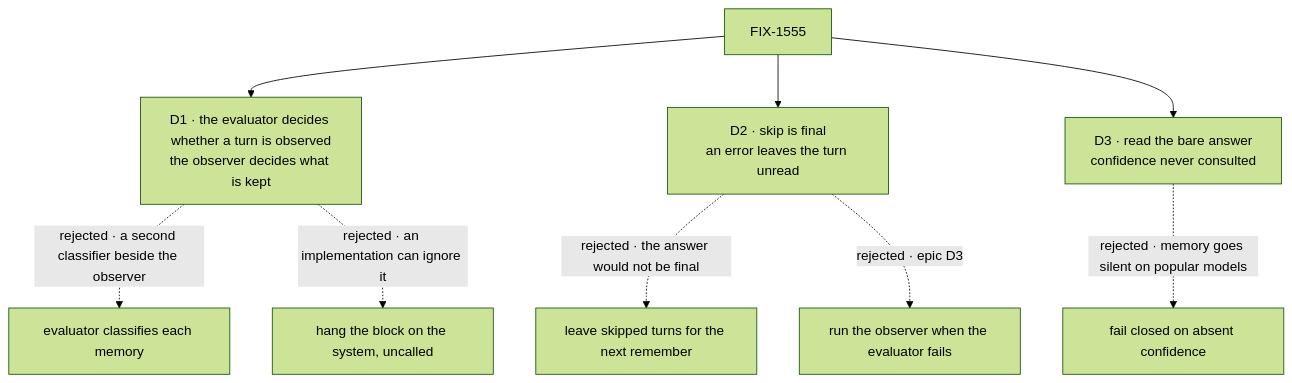
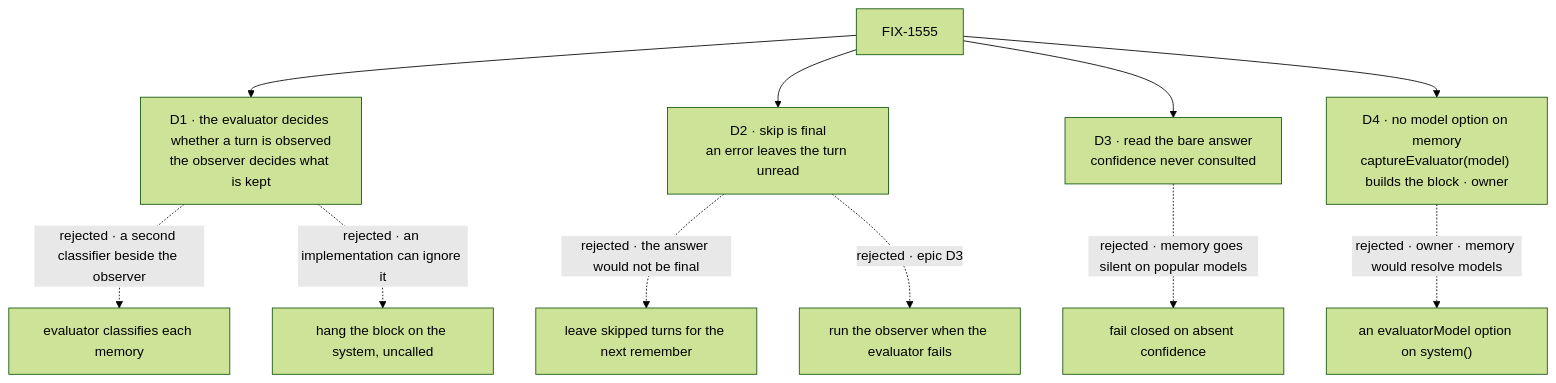
The diagram in specs/issues/FIX-1555/DECISIONS.md (fixpoint-labs/flow-state-dev), drawn with Mermaid (forest theme) before and after one commit. The commit also changed other lines of this file and 4 other files, not shown here.

````diff
--- a/specs/issues/FIX-1555/DECISIONS.md
+++ b/specs/issues/FIX-1555/DECISIONS.md
@@ -12,11 +12,13 @@
 ```mermaid
 flowchart TD
   I["FIX-1555"] --> D1["D1 · the evaluator decides whether a turn is observed<br/>the observer decides what is kept"]
   D1 -.->|"rejected · a second classifier beside the observer"| X1["evaluator classifies each memory"]
   D1 -.->|"rejected · an implementation can ignore it"| X1b["hang the block on the system, uncalled"]
   I --> D2["D2 · skip is final<br/>an error leaves the turn unread"]
   D2 -.->|"rejected · the answer would not be final"| X2["leave skipped turns for the next remember"]
   D2 -.->|"rejected · epic D3"| X2b["run the observer when the evaluator fails"]
   I --> D3["D3 · read the bare answer<br/>confidence never consulted"]
   D3 -.->|"rejected · memory goes silent on popular models"| X3["fail closed on absent confidence"]
+  I --> D4["D4 · no model option on memory<br/>captureEvaluator(model) builds the block · owner"]
+  D4 -.->|"rejected · owner · memory would resolve models"| X4["an evaluatorModel option on system()"]
 ```
````
